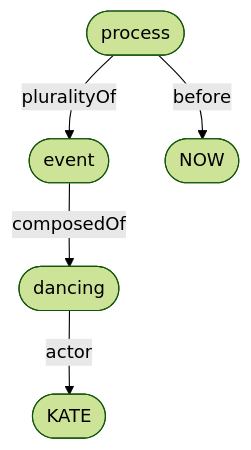
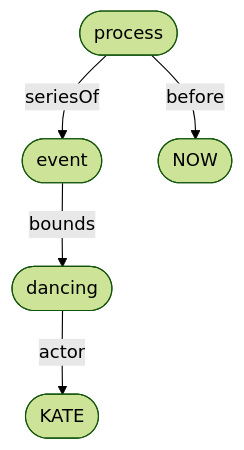
The fifth of 6 diagrams in Comrie1985.md (maglocvnus/verbs), drawn with Mermaid (forest theme) before and after one commit. The commit also changed other lines of this file, not shown here.

````diff
--- a/Comrie1985.md
+++ b/Comrie1985.md
@@ -155,12 +157,12 @@
 ```mermaid
 graph TD
   x([process])
   y([event])
   z([dancing])
   kate([KATE])
   now([NOW])
-  x -- pluralityOf --> y
-  y -- composedOf --> z
+  x -- seriesOf --> y
+  y -- bounds --> z
   z -- actor --> kate
   x -- before --> now
 ```
````
